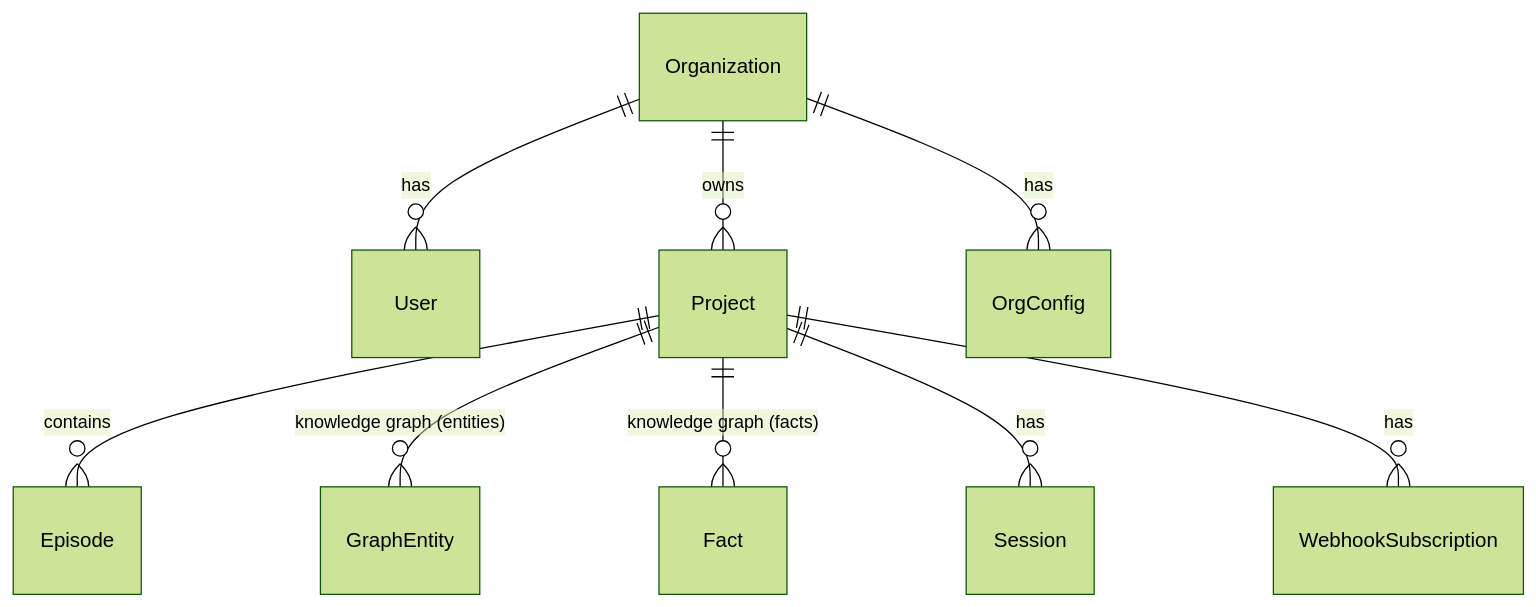
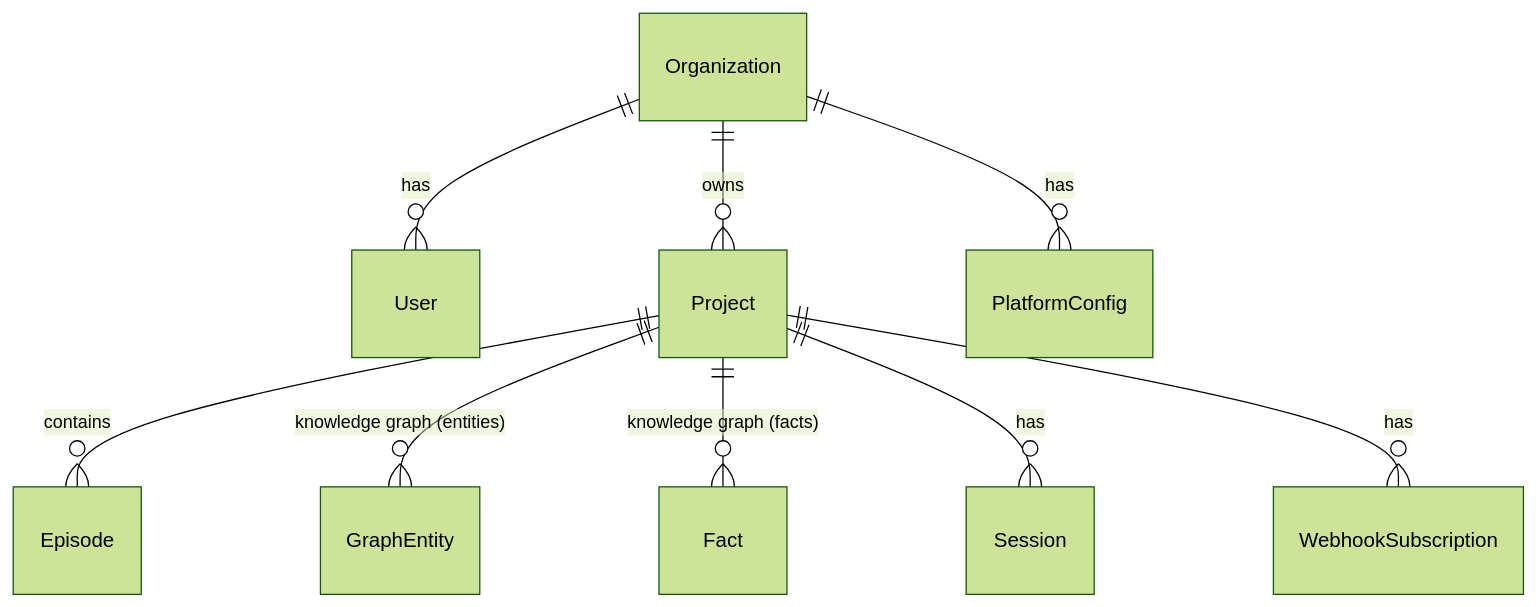
One commit to openzync/openzync-docs changed the fourth of 4 diagrams in guides/architecture.rst. Above: the diagram before and after it, drawn with Mermaid (forest theme). The commit also changed other lines of this file and 22 other files, not shown here.

```diff
--- a/guides/architecture.rst
+++ b/guides/architecture.rst
@@ -268,11 +268,11 @@
 .. mermaid::
 
    erDiagram
        Organization ||--o{ User : has
        Organization ||--o{ Project : owns
-       Organization ||--o{ OrgConfig : has
+       Organization ||--o{ PlatformConfig : has
        Project ||--o{ Episode : contains
        Project ||--o{ GraphEntity : "knowledge graph (entities)"
        Project ||--o{ Fact : "knowledge graph (facts)"
        Project ||--o{ Session : has
        Project ||--o{ WebhookSubscription : has
```
